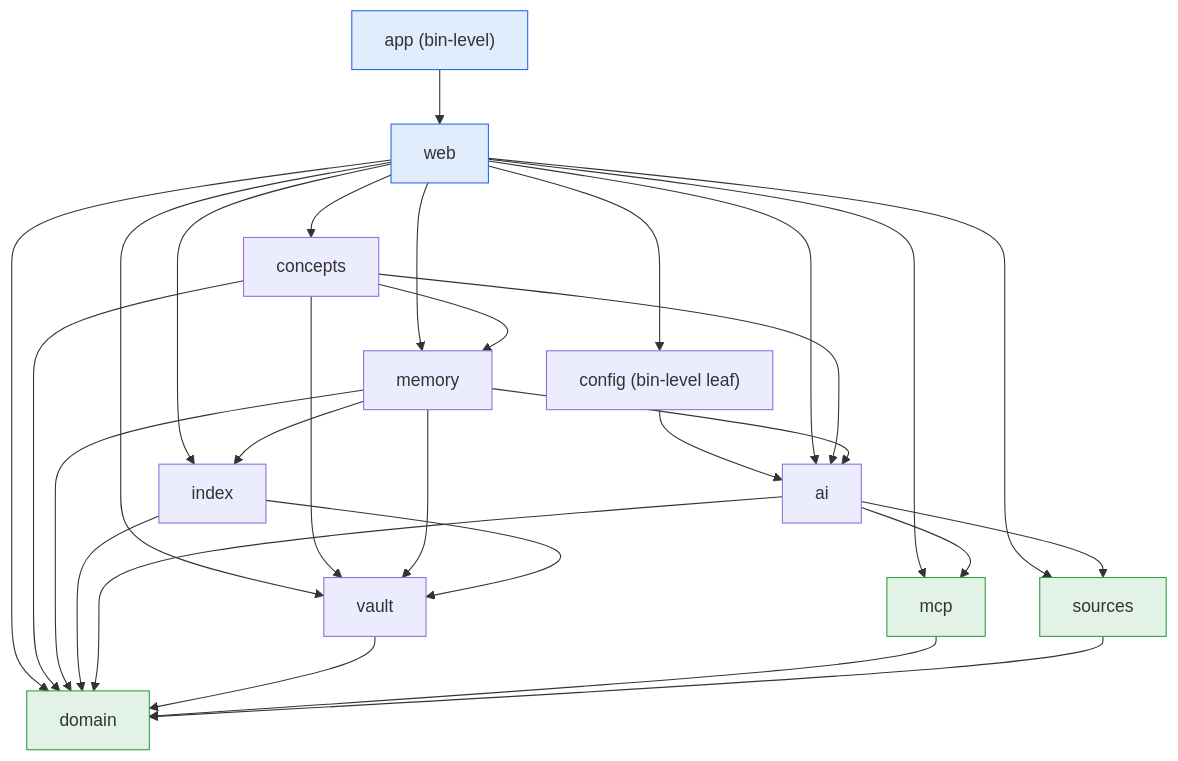
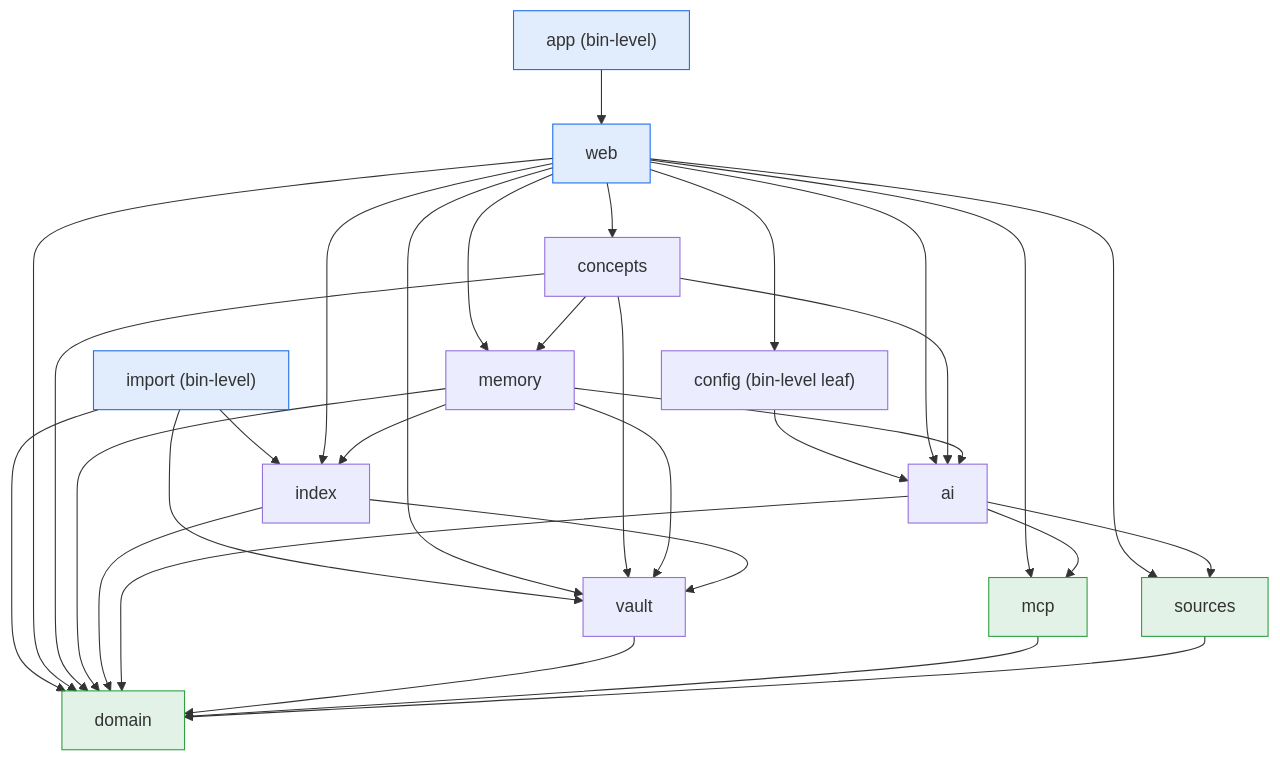
The second of 2 diagrams in docs/02-module-reference.md (jasdian/idea-vault), drawn with Mermaid before and after one commit. The commit also changed other lines of this file and 5 other files, not shown here.

````diff
--- a/docs/02-module-reference.md
+++ b/docs/02-module-reference.md
@@ -106,54 +106,59 @@
 ```mermaid
 flowchart TD
     web["web"]
     concepts["concepts"]
     memory["memory"]
     index["index"]
     ai["ai"]
     vault["vault"]
     domain["domain"]
     mcp["mcp"]
     sources["sources"]
     config["config (bin-level leaf)"]
     app["app (bin-level)"]
+    import["import (bin-level)"]
 
     app --> web
+    import --> index
+    import --> vault
+    import --> domain
     web --> config
     config --> ai
     web --> concepts
     web --> memory
     web --> index
     web --> ai
     web --> vault
     web --> domain
     web --> mcp
     web --> sources
 
     concepts --> ai
     concepts --> vault
     concepts --> domain
     concepts --> memory
 
     memory --> ai
     memory --> vault
     memory --> index
     memory --> domain
 
     index --> vault
     index --> domain
 
     ai --> domain
     ai --> mcp
     ai --> sources
     vault --> domain
     mcp --> domain
     sources --> domain
 
     classDef top fill:#1f6feb22,stroke:#1f6feb;
     classDef base fill:#2ea04322,stroke:#2ea043;
     class web top;
     class app top;
+    class import top;
     class domain base;
     class mcp base;
     class sources base;
 ```
````
